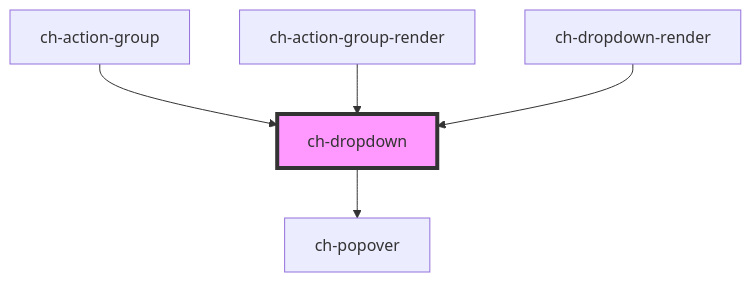
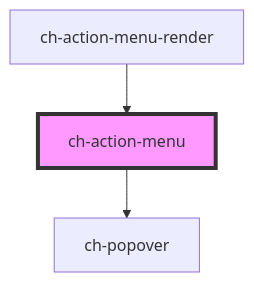
Before and after one commit to genexuslabs/chameleon-controls-library: the diagram in src/components/action-menu/internal/action-menu/readme.md, drawn with Mermaid. The commit also changed other lines of this file and 15 other files, not shown here.

````diff
--- a/src/components/action-menu/internal/action-menu/readme.md
+++ b/src/components/action-menu/internal/action-menu/readme.md
@@ -83,8 +40,6 @@
 ```mermaid
 graph TD;
-  ch-dropdown --> ch-popover
-  ch-action-group --> ch-dropdown
-  ch-action-group-render --> ch-dropdown
-  ch-dropdown-render --> ch-dropdown
-  style ch-dropdown fill:#f9f,stroke:#333,stroke-width:4px
+  ch-action-menu --> ch-popover
+  ch-action-menu-render --> ch-action-menu
+  style ch-action-menu fill:#f9f,stroke:#333,stroke-width:4px
 ```
````
